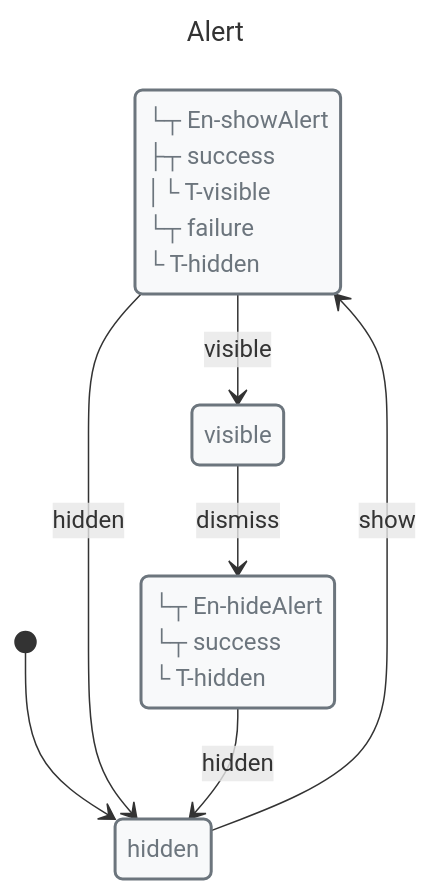
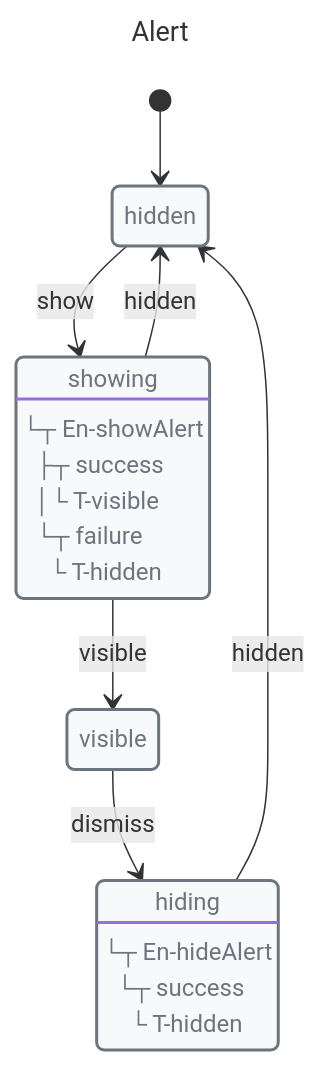
One commit to Masquerade-Circus/x-robot changed the fourth of 5 diagrams in docs/recipes/modal-dialog.md. Above: the diagram before and after it, drawn with Mermaid. The commit also changed other lines of this file and 123 other files, not shown here.

Commit message:
refactor: improve mermaid code

````diff
--- a/docs/recipes/modal-dialog.md
+++ b/docs/recipes/modal-dialog.md
@@ -236,33 +236,34 @@
 ```mermaid
 ---
 title: Alert
 ---
 
 stateDiagram-v2
+direction TB
 
 classDef danger fill:#f8d7da,stroke:#721c24,stroke-width:2px,text-align:left,color:#721c24
 classDef warning fill:#fff3cd,stroke:#856404,stroke-width:2px,text-align:left,color:#856404
 classDef success fill:#d4edda,stroke:#155724,stroke-width:2px,text-align:left,color:#155724
 classDef primary fill:#cce5ff,stroke:#004085,stroke-width:2px,text-align:left,color:#004085
 classDef info fill:#d1ecf1,stroke:#0c5460,stroke-width:2px,text-align:left,color:#0c5460
 classDef def fill:#f8f9fa,stroke:#6c757d,stroke-width:2px,text-align:left,color:#6c757d
 
-state hidden
-state showing
-state visible
-state hiding
+state "hidden" as hidden
+state "showing" as showing
+state "visible" as visible
+state "hiding" as hiding
 class hidden def
 class showing def
 class visible def
 class hiding def
 
-showing: └┬ En-showAlert<br> ├┬ success<br> │└ T-visible<br> └┬ failure<br>  └ T-hidden
-hiding: └┬ En-hideAlert<br> └┬ success<br>  └ T-hidden
+showing: └┬ En-showAlert<br> ├┬ success<br> │└ T-visible<br> └┬ failure<br>  └ T-hidden
+hiding: └┬ En-hideAlert<br> └┬ success<br>  └ T-hidden
 
 [*] --> hidden
 hidden --> showing: show
 showing --> visible: visible
 showing --> hidden: hidden
 visible --> hiding: dismiss
 hiding --> hidden: hidden
 ```
````
